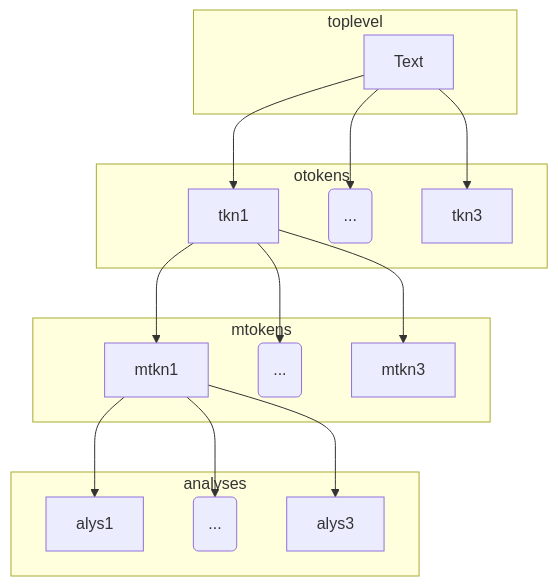
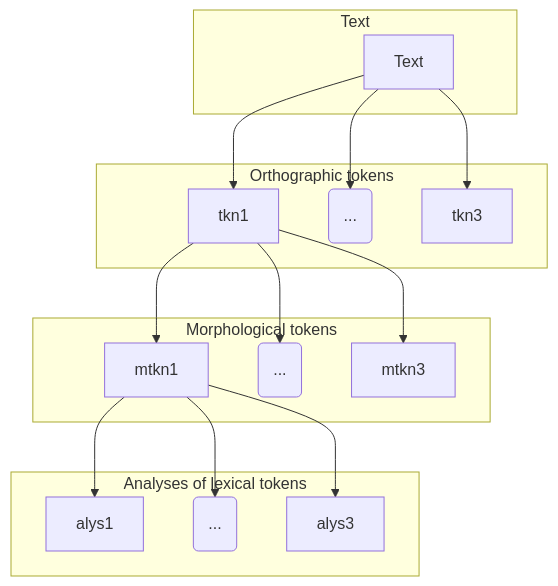
Before and after one commit to neelsmith/CitableParserBuilder.jl: the first of 2 diagrams in quarto/concepts/pictures.qmd, drawn with Mermaid.

Commit message:
add some css

````diff
--- a/quarto/concepts/pictures.qmd
+++ b/quarto/concepts/pictures.qmd
@@ -4,28 +4,34 @@
 ```{mermaid}
 flowchart TD
-subgraph toplevel
+class toplevel clust
+
+classDef clust color:#f00,background-color:white
+
+
+
+subgraph toplevel [Text]
 Text
 end
 
-subgraph otokens
+subgraph otokens [Orthographic tokens]
 Text --> tkn1
 Text --> tkn2(...)
 Text --> tkn3
 end
 
 
 
-subgraph mtokens
+subgraph mtokens [Morphological tokens]
 tkn1 --> mtkn1
 tkn1 --> mtkn2(...)
 tkn1 --> mtkn3
 end
 
 
-subgraph analyses
+subgraph analyses [Analyses of lexical tokens]
 mtkn1 --> alys1
 mtkn1 --> alys(...)
 mtkn1 --> alys3
 end
 
 ```
````
